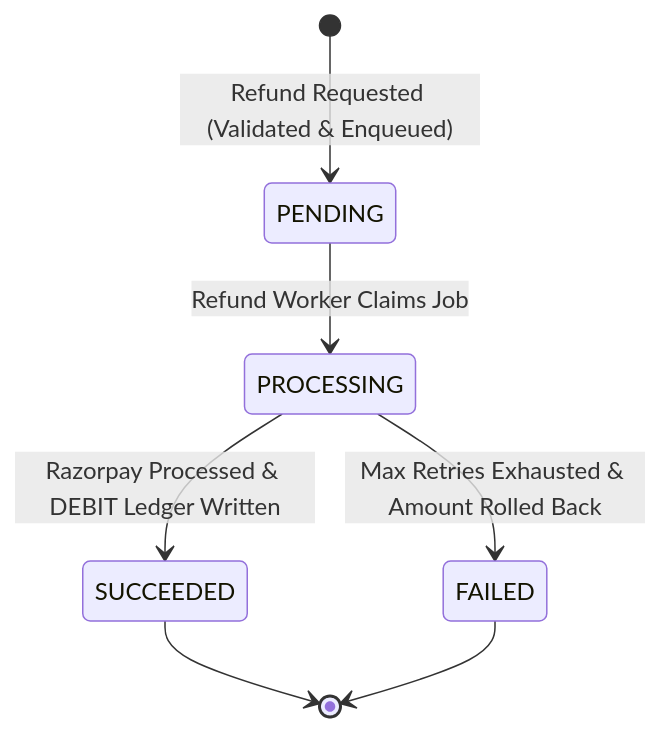
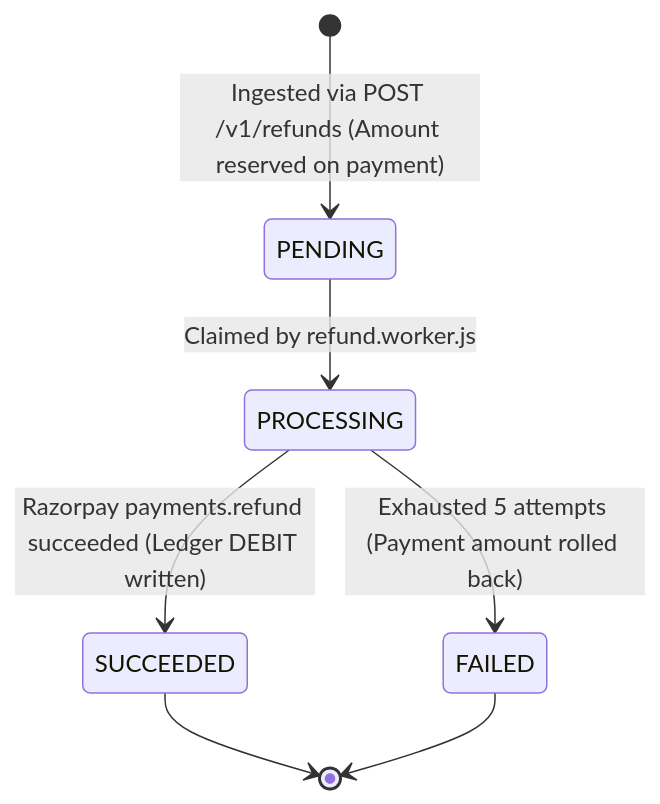
Before and after one commit to buildwithrishabh/Event-Driven-Payment-Gateway: the tenth of 10 diagrams in ARCHITECTURE.md, drawn with Mermaid. The commit also changed other lines of this file and 1 other file, not shown here.

Commit message:
docs: update README and ARCHITECTURE with complete system analysis, flows, and API reference

````diff
--- a/ARCHITECTURE.md
+++ b/ARCHITECTURE.md
@@ -543,9 +670,9 @@
 ```mermaid
 stateDiagram-v2
-    [*] --> PENDING: Refund Requested (Validated & Enqueued)
-    PENDING --> PROCESSING: Refund Worker Claims Job
-    PROCESSING --> SUCCEEDED: Razorpay Processed & DEBIT Ledger Written
-    PROCESSING --> FAILED: Max Retries Exhausted & Amount Rolled Back
+    [*] --> PENDING: Ingested via POST /v1/refunds (Amount reserved on payment)
+    PENDING --> PROCESSING: Claimed by refund.worker.js
+    PROCESSING --> SUCCEEDED: Razorpay payments.refund succeeded (Ledger DEBIT written)
+    PROCESSING --> FAILED: Exhausted 5 attempts (Payment amount rolled back)
     SUCCEEDED --> [*]
     FAILED --> [*]
 ```
````
